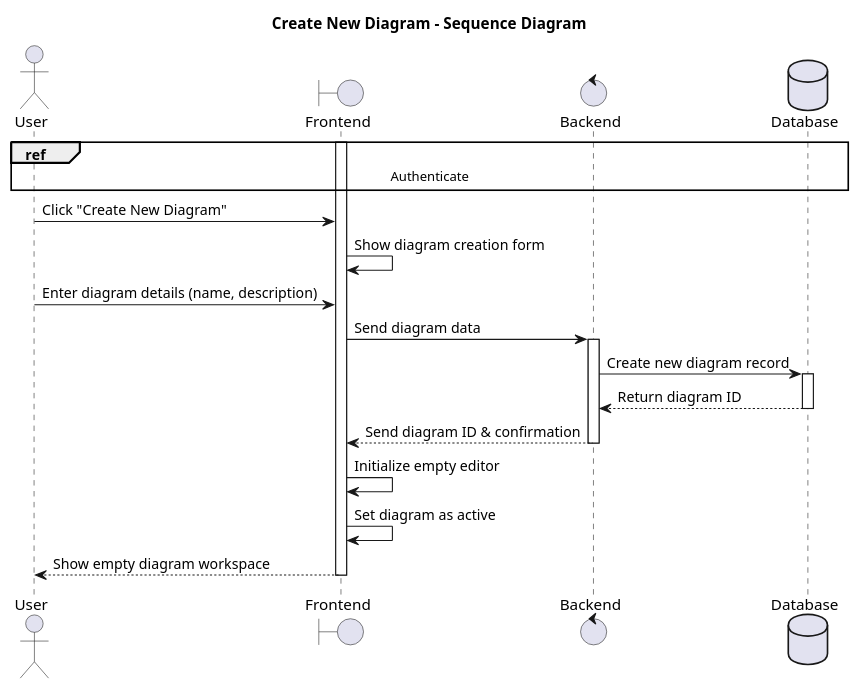
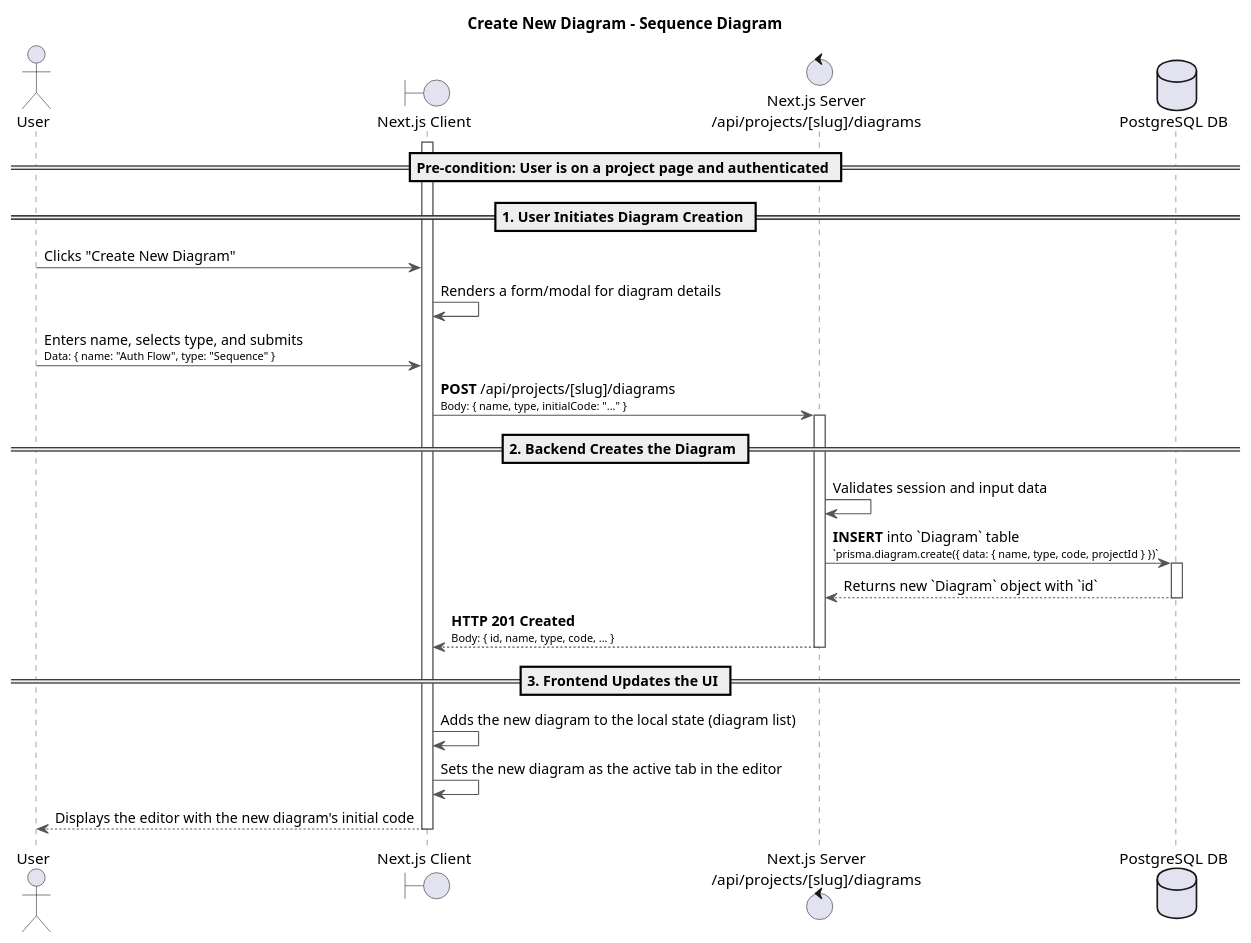
One commit to souhaib-askri/report_pfe changed the diagram in conception/SprintIV/sequence_diagrams/sequence_diagramManagement_4_1_CreateNewDiagram.puml. Above: the diagram before and after it, drawn with PlantUML. The commit also changed 32 other files, not shown here.

Commit message:
update sequence diagram

```diff
--- a/conception/SprintIV/sequence_diagrams/sequence_diagramManagement_4_1_CreateNewDiagram.puml
+++ b/conception/SprintIV/sequence_diagrams/sequence_diagramManagement_4_1_CreateNewDiagram.puml
@@ -1,33 +1,46 @@
 @startuml
 title Create New Diagram - Sequence Diagram
 
 actor User
-boundary Frontend
-control Backend
-database Database
+boundary "Next.js Client" as Client
+control "Next.js Server\n/api/projects/[slug]/diagrams" as Server
+database "PostgreSQL DB" as DB
 
-ref over User, Database: Authenticate
+skinparam sequence {
+    ArrowColor #555
+    ActorBorderColor #555
+    LifeLineBorderColor #555
+    ParticipantBorderColor #007bff
+    DatabaseBorderColor #d9534f
+    ControlBorderColor #5cb85c
+    BoundaryBorderColor #f0ad4e
+}
 
-activate Frontend
+== Pre-condition: User is on a project page and authenticated ==
 
-User -> Frontend: Click "Create New Diagram"
-Frontend -> Frontend: Show diagram creation form
+== 1. User Initiates Diagram Creation ==
+activate Client
+User -> Client: Clicks "Create New Diagram"
+Client -> Client: Renders a form/modal for diagram details
 
-User -> Frontend: Enter diagram details (name, description)
-Frontend -> Backend: Send diagram data
-activate Backend
+User -> Client: Enters name, selects type, and submits\n<font size=10>Data: { name: "Auth Flow", type: "Sequence" }</font>
+Client -> Server: **POST** /api/projects/[slug]/diagrams\n<font size=10>Body: { name, type, initialCode: "..." }</font>
+activate Server
 
-Backend -> Database: Create new diagram record
-activate Database
-Database --> Backend: Return diagram ID
-deactivate Database
+== 2. Backend Creates the Diagram ==
+Server -> Server: Validates session and input data
+Server -> DB: **INSERT** into `Diagram` table\n<font size=10>`prisma.diagram.create({ data: { name, type, code, projectId } })`</font>
+activate DB
+DB --> Server: Returns new `Diagram` object with `id`
+deactivate DB
 
-Backend --> Frontend: Send diagram ID & confirmation
-deactivate Backend
+Server --> Client: **HTTP 201 Created**\n<font size=10>Body: { id, name, type, code, ... }</font>
+deactivate Server
 
-Frontend -> Frontend: Initialize empty editor
-Frontend -> Frontend: Set diagram as active
-Frontend --> User: Show empty diagram workspace
-deactivate Frontend
+== 3. Frontend Updates the UI ==
+Client -> Client: Adds the new diagram to the local state (diagram list)
+Client -> Client: Sets the new diagram as the active tab in the editor
+Client --> User: Displays the editor with the new diagram's initial code
+deactivate Client
 
 @enduml
```
